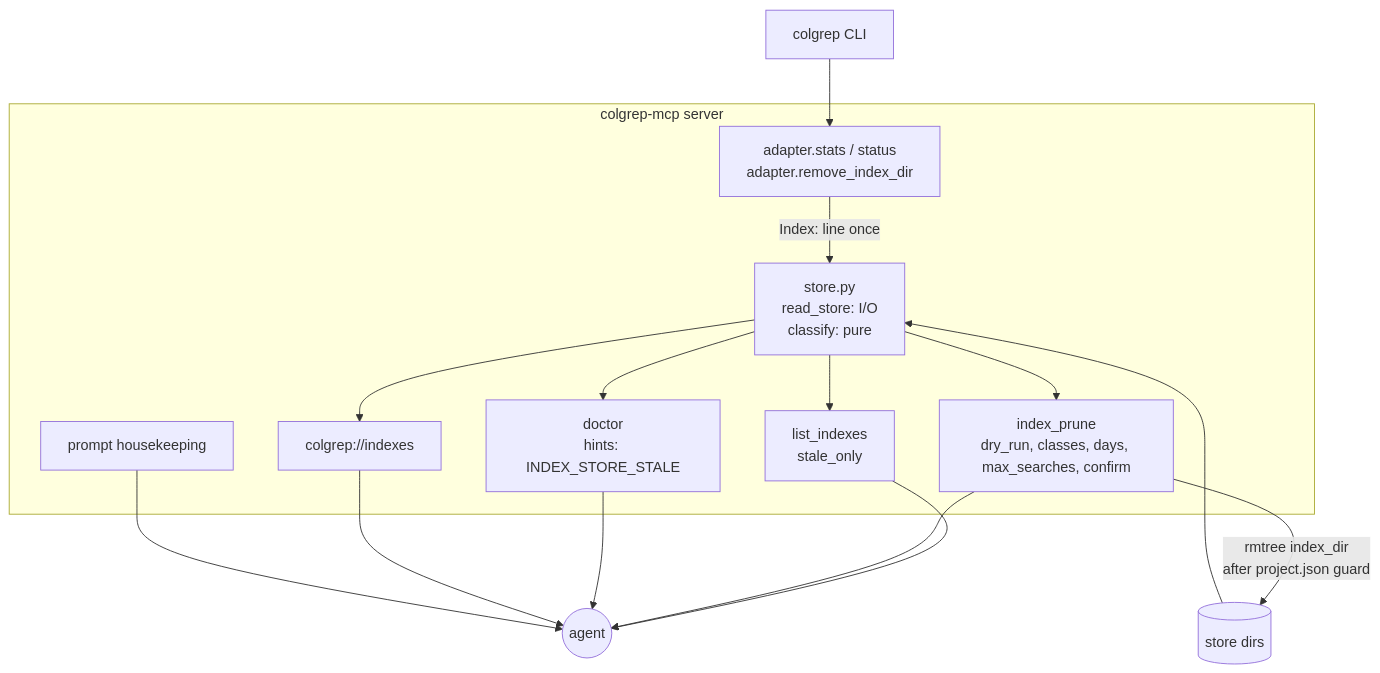
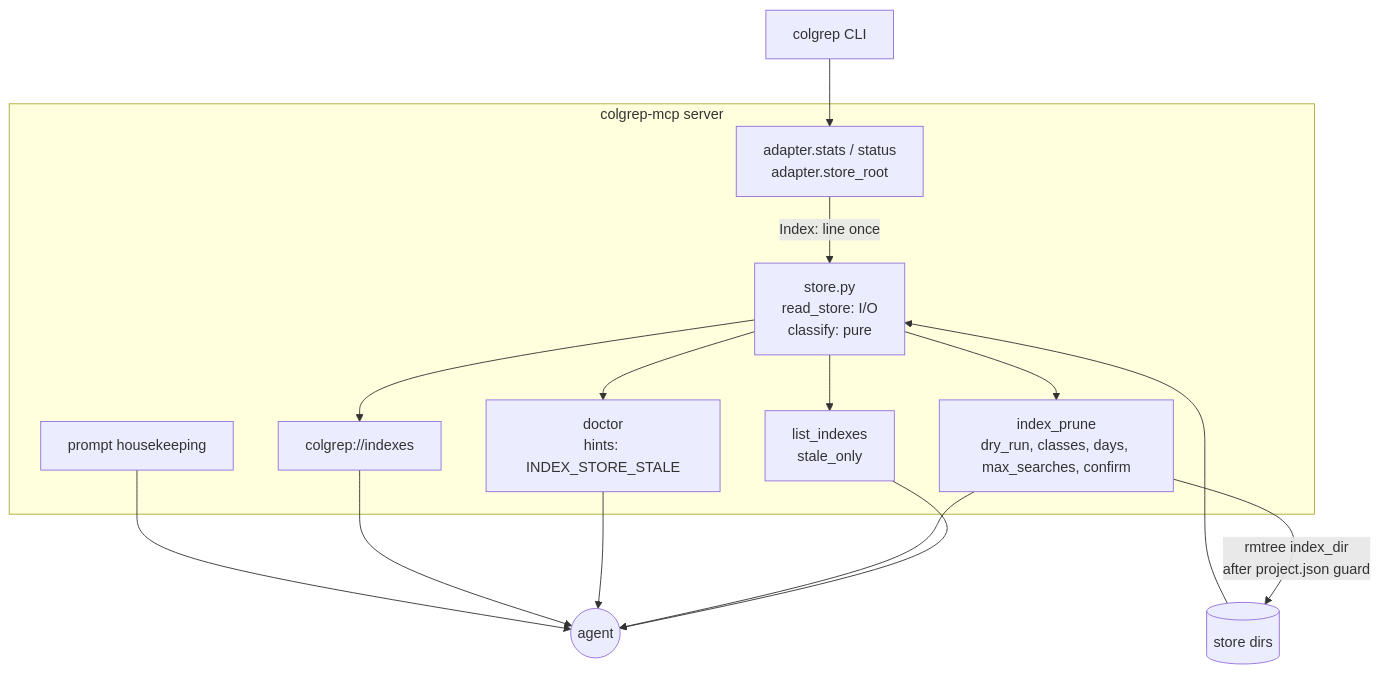
Before and after one commit to CrackingShells/colgrep-mcp: the second of 3 diagrams in __reports__/index_housekeeping/00-architecture_v0.md, drawn with Mermaid. The commit also changed other lines of this file and 4 other files, not shown here.

````diff
--- a/__reports__/index_housekeeping/00-architecture_v0.md
+++ b/__reports__/index_housekeeping/00-architecture_v0.md
@@ -81,18 +81,18 @@
 ```mermaid
 graph TD
     subgraph server["colgrep-mcp server"]
         STORE[store.py<br/>read_store: I/O<br/>classify: pure]
         LI[list_indexes<br/>stale_only]
         PR[index_prune<br/>dry_run, classes, days, max_searches, confirm]
         DR[doctor<br/>hints: INDEX_STORE_STALE]
         RES[colgrep://indexes]
         HK[prompt housekeeping]
-        AD[adapter.stats / status<br/>adapter.remove_index_dir]
+        AD[adapter.stats / status<br/>adapter.store_root]
     end
     CG[colgrep CLI] --> AD
     AD -->|Index: line once| STORE
     ST[(store dirs)] --> STORE
     STORE --> LI & PR & DR & RES
     LI & PR & DR & RES & HK --> A((agent))
     PR -->|rmtree index_dir<br/>after project.json guard| ST
 ```
````
